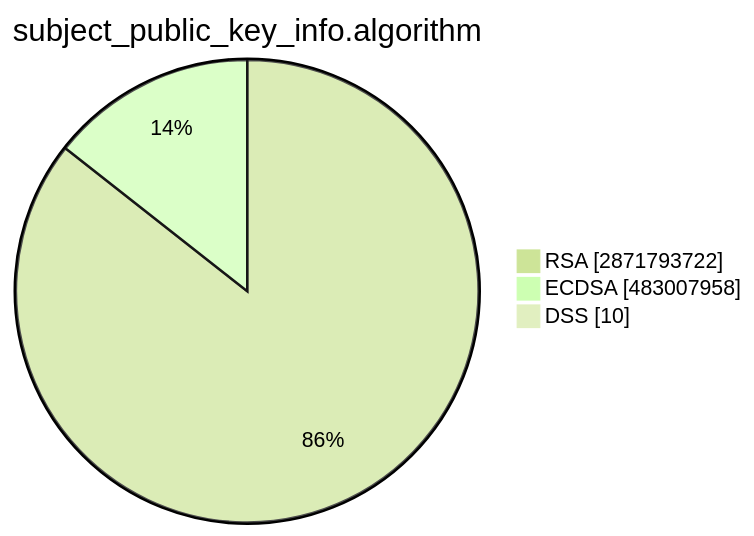
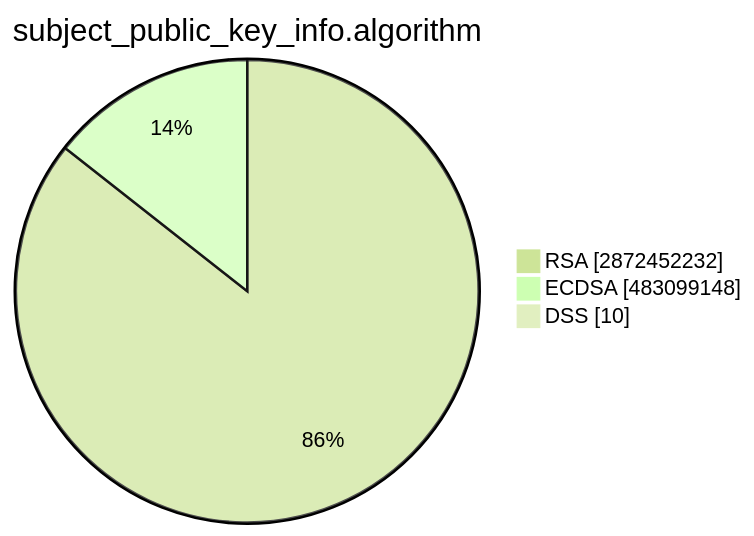
One commit to christiankrug/ctmonitor_visualization changed the second of 15 diagrams in TOTAL/README.md. Above: the diagram before and after it, drawn with Mermaid (forest theme). The commit also changed other lines of this file, not shown here.

````diff
--- a/TOTAL/README.md
+++ b/TOTAL/README.md
@@ -6,7 +6,7 @@
 ```mermaid
 pie showData
 title subject_public_key_info.algorithm
-"RSA" :2871793722
-"ECDSA" :483007958
+"RSA" :2872452232
+"ECDSA" :483099148
 "DSS" :10
 ```
````
